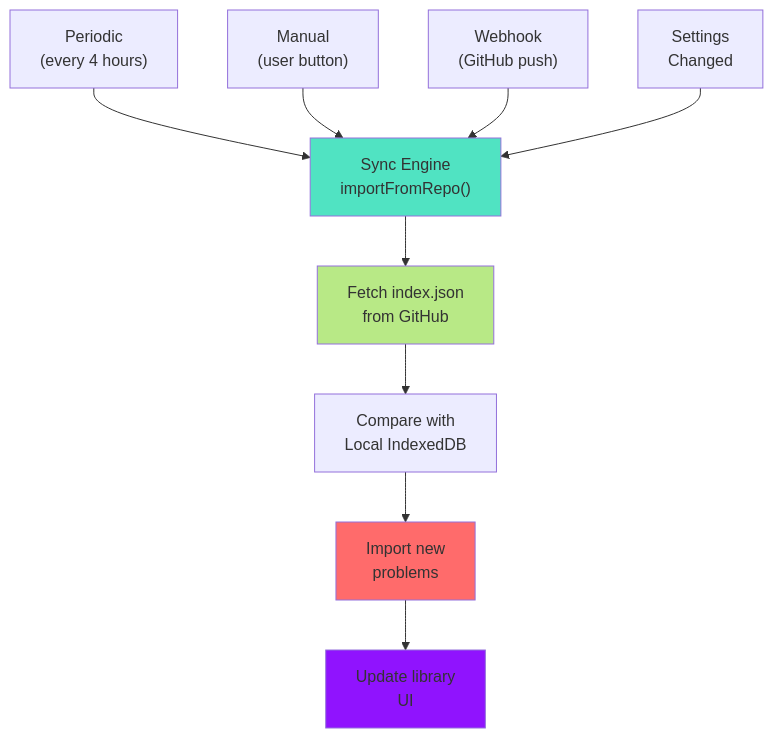
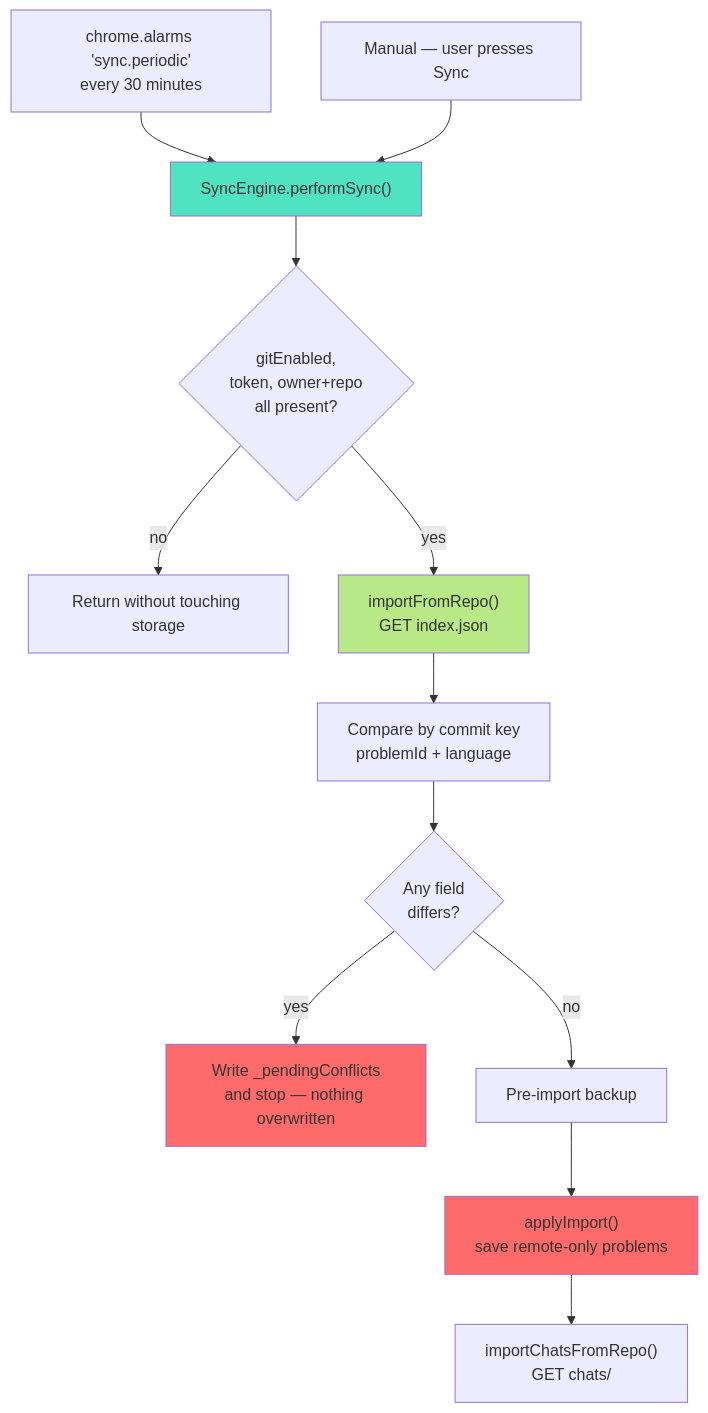
Before and after one commit to Life-Experimentalist/Code-Ledger: the fifth of 8 diagrams in docs/architecture/system-architecture.md, drawn with Mermaid. The commit also changed other lines of this file and 3 other files, not shown here.

````diff
--- a/docs/architecture/system-architecture.md
+++ b/docs/architecture/system-architecture.md
@@ -457,22 +479,23 @@
 ```mermaid
 graph TB
-    T1["Periodic<br/>(every 4 hours)"]
-    T2["Manual<br/>(user button)"]
-    T3["Webhook<br/>(GitHub push)"]
-    T4["Settings<br/>Changed"]
+    T1["chrome.alarms 'sync.periodic'<br/>every 30 minutes"]
+    T2["Manual — user presses Sync"]
 
-    T1 --> SE["Sync Engine<br/>importFromRepo()"]
+    T1 --> SE["SyncEngine.performSync()"]
     T2 --> SE
-    T3 --> SE
-    T4 --> SE
 
-    SE --> FI["Fetch index.json<br/>from GitHub"]
-    FI --> CP["Compare with<br/>Local IndexedDB"]
-    CP --> IM["Import new<br/>problems"]
-    IM --> UP["Update library<br/>UI"]
+    SE --> GATE{"gitEnabled,<br/>token, owner+repo<br/>all present?"}
+    GATE -->|no| STOP["Return without touching storage"]
+    GATE -->|yes| FI["importFromRepo()<br/>GET index.json"]
+    FI --> CP["Compare by commit key<br/>problemId + language"]
+    CP --> CONF{"Any field<br/>differs?"}
+    CONF -->|yes| FLAG["Write _pendingConflicts<br/>and stop — nothing overwritten"]
+    CONF -->|no| BK["Pre-import backup"]
+    BK --> IM["applyImport()<br/>save remote-only problems"]
+    IM --> CH["importChatsFromRepo()<br/>GET chats/"]
 
     style SE fill:#50E3C2
     style FI fill:#B8E986
+    style FLAG fill:#FF6B6B
     style IM fill:#FF6B6B
-    style UP fill:#9013FE
 ```
````
